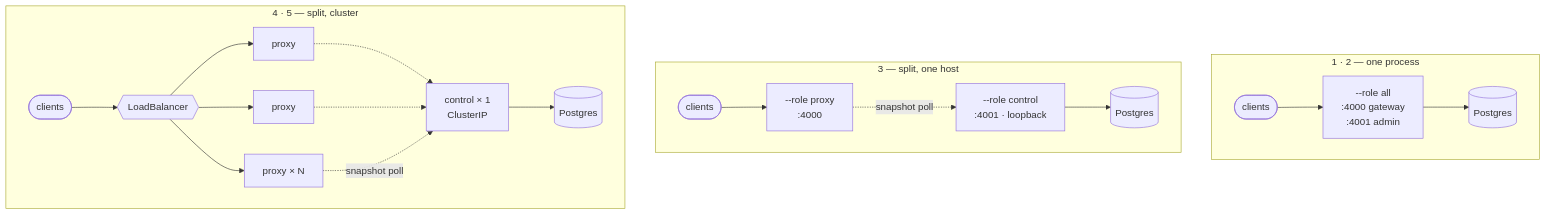
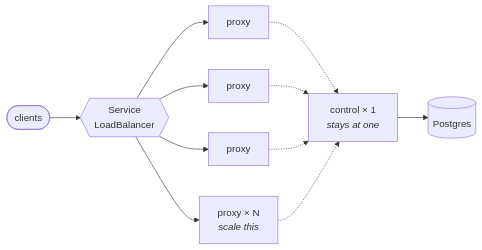
One commit to azrtydxb/Fastllm-proxy changed the fourth of 4 diagrams in docs/operations.md. Above: the diagram before and after it, drawn with Mermaid. The commit also changed other lines of this file, not shown here.

Commit message:
One diagram per deployment shape, because three in one figure were unreadable
Mermaid lays sibling subgraphs out horizontally, so the combined figure came
out as three panels side by side, each shrunk to about a fifth of the column
and ordered right to left — shape 5 first. Looking at the published page is
what showed it; the markdown gave no hint.

Four diagrams now, each in the section it illustrates, which is where the
reader wants the picture anyway.

````diff
--- a/docs/operations.md
+++ b/docs/operations.md
@@ -18,26 +193,13 @@
 ```mermaid
-flowchart TB
-    subgraph S12["1 · 2 — one process"]
-        direction LR
-        c1([clients]) --> A1["--role all<br/>:4000 gateway<br/>:4001 admin"] --> db1[(Postgres)]
-    end
-
-    subgraph S3["3 — split, one host"]
-        direction LR
-        c3([clients]) --> P3["--role proxy<br/>:4000"]
-        P3 -. "snapshot poll" .-> K3["--role control<br/>:4001 · loopback"]
-        K3 --> db3[(Postgres)]
-    end
-
-    subgraph S45["4 · 5 — split, cluster"]
-        direction LR
-        c5([clients]) --> LB{{LoadBalancer}}
-        LB --> P51["proxy"]
-        LB --> P52["proxy"]
-        LB --> P53["proxy × N"]
-        P51 -. " " .-> K5["control × 1<br/>ClusterIP"]
-        P52 -. " " .-> K5
-        P53 -. "snapshot poll" .-> K5
-        K5 --> db5[(Postgres)]
-    end
+flowchart LR
+    c([clients]) --> LB{{"Service<br/>LoadBalancer"}}
+    LB --> P1["proxy"]
+    LB --> P2["proxy"]
+    LB --> P3["proxy"]
+    LB --> PN["proxy × N<br/><i>scale this</i>"]
+    P1 -. " " .-> K["control × 1<br/><i>stays at one</i>"]
+    P2 -. " " .-> K
+    P3 -. " " .-> K
+    PN -. " " .-> K
+    K --> db[(Postgres)]
 ```
````
